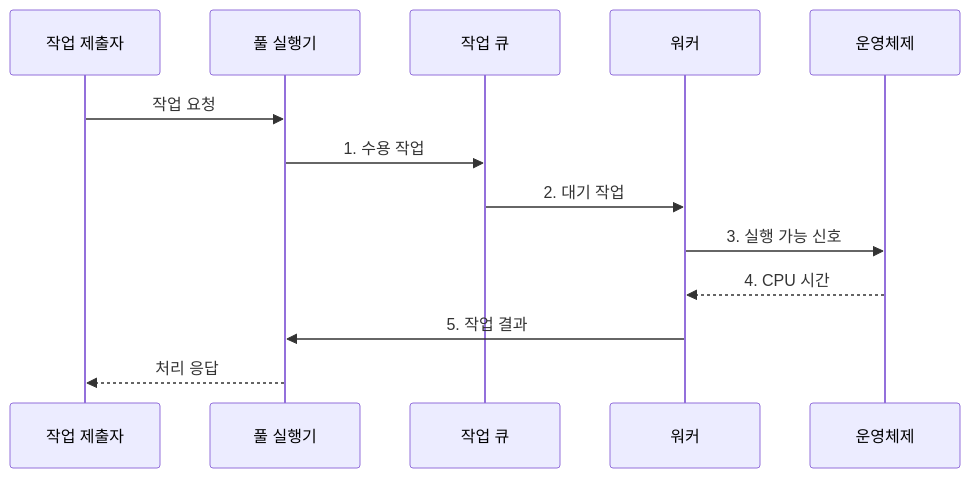
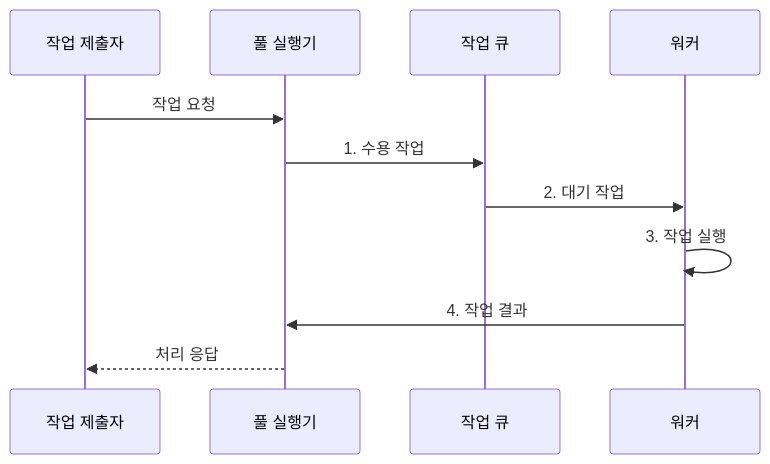
The second of 2 diagrams in src/content/docs/notes/03-software/008_thread_pool.md (agnusdei1207/knowledge-base), drawn with Mermaid before and after one commit. The commit also changed other lines of this file and 9 other files, not shown here.

Commit message:
Simplify software execution diagrams

````diff
--- a/src/content/docs/notes/03-software/008_thread_pool.md
+++ b/src/content/docs/notes/03-software/008_thread_pool.md
@@ -105,15 +105,13 @@
 ```mermaid
 sequenceDiagram
     participant S as 작업 제출자
     participant E as 풀 실행기
     participant Q as 작업 큐
     participant W as 워커
-    participant C as 운영체제
     S->>E: 작업 요청
     E->>Q: 1. 수용 작업
     Q->>W: 2. 대기 작업
-    W->>C: 3. 실행 가능 신호
-    C-->>W: 4. CPU 시간
-    W->>E: 5. 작업 결과
+    W->>W: 3. 작업 실행
+    W->>E: 4. 작업 결과
     E-->>S: 처리 응답
 ```
````
